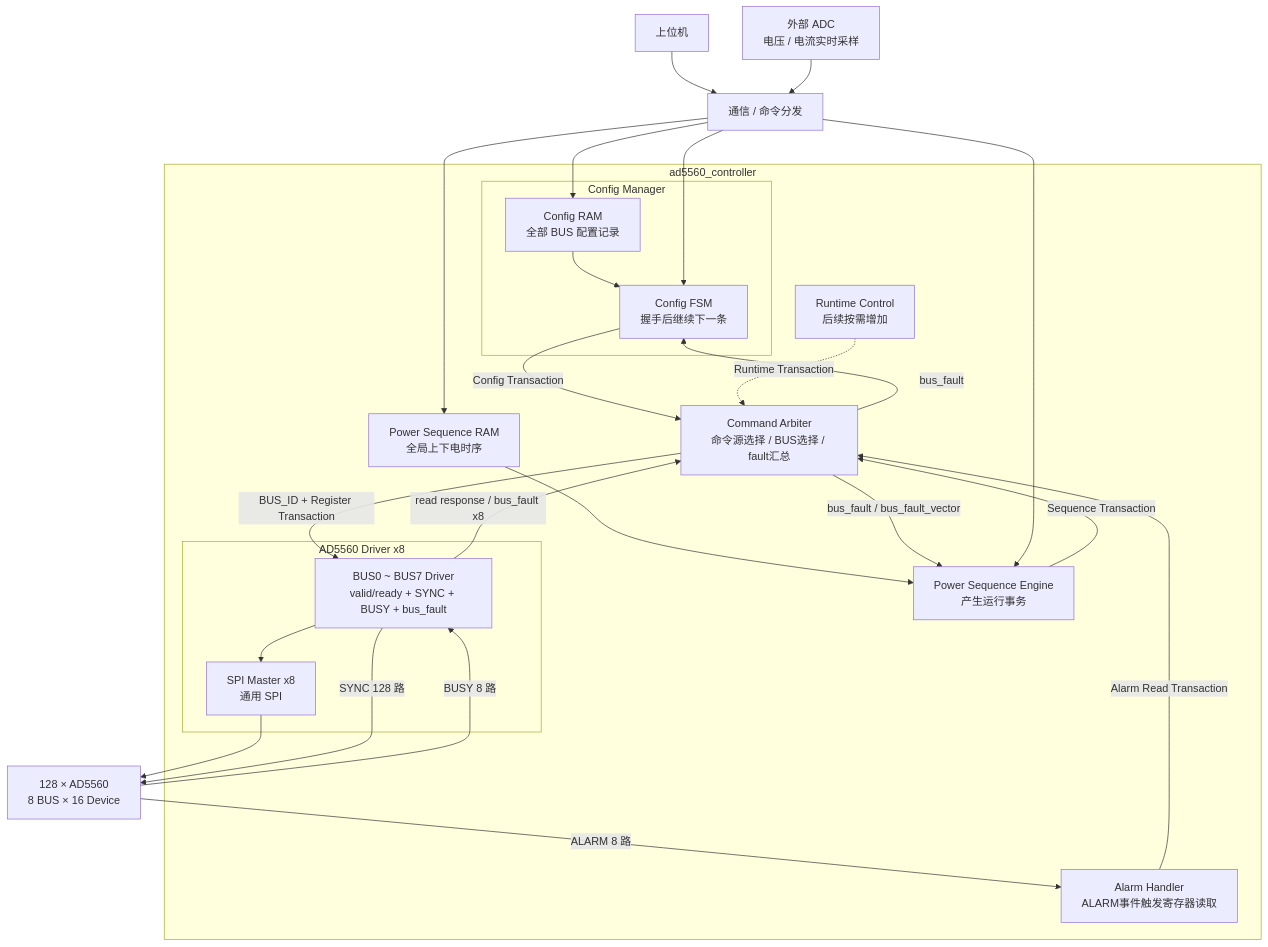
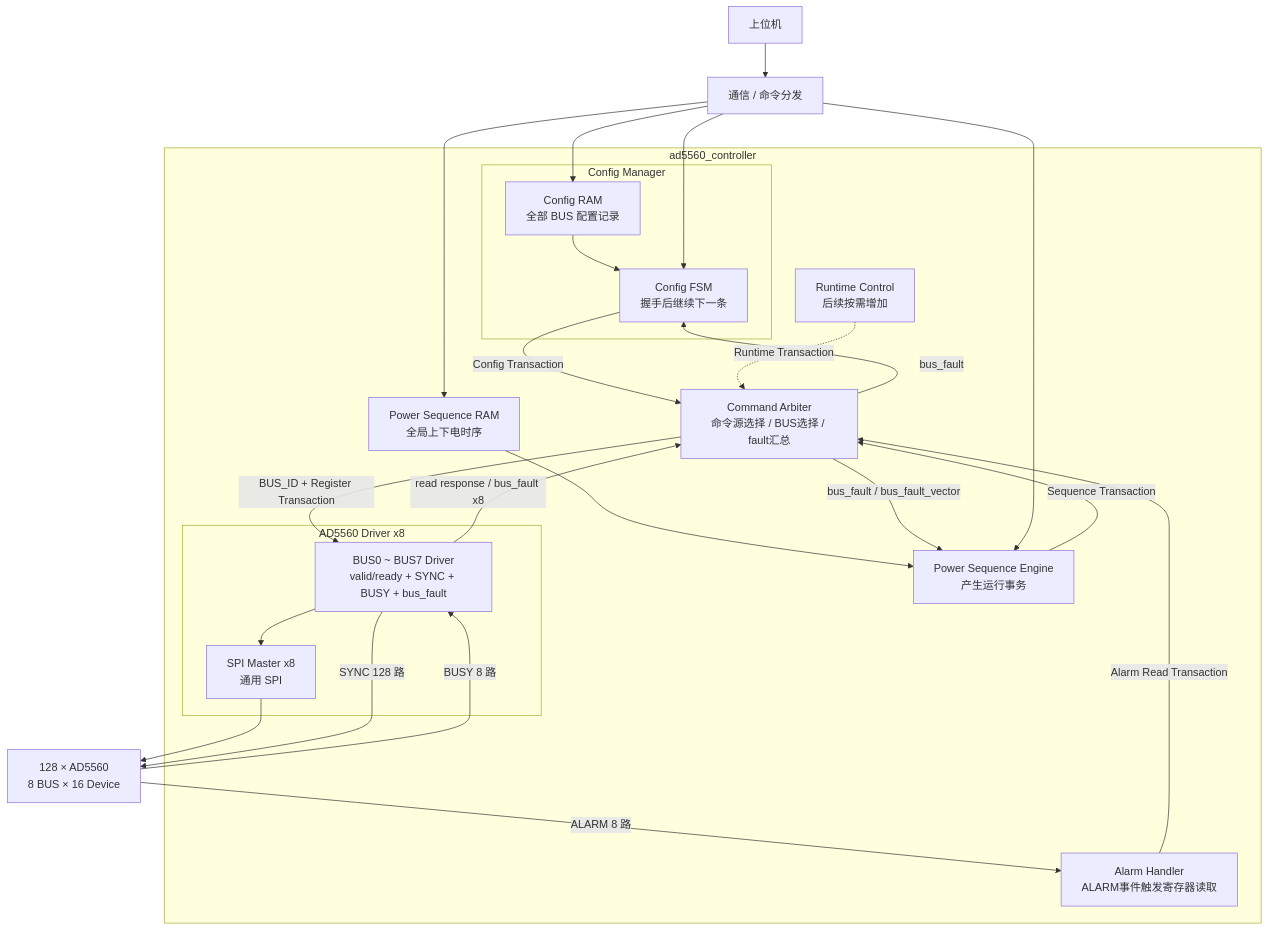
The diagram in AD5560/SYSTEM_ARCHITECTURE.md (hhanghhhhh/hbm_proj), drawn with Mermaid before and after one commit. The commit also changed other lines of this file, not shown here.

Commit message:
docs: keep external ADC path unspecified in architecture

````diff
--- a/AD5560/SYSTEM_ARCHITECTURE.md
+++ b/AD5560/SYSTEM_ARCHITECTURE.md
@@ -173,52 +173,50 @@
 ```mermaid
 flowchart TB
     PC[上位机]
     COMM[通信 / 命令分发]
 
     subgraph CTRL[ad5560_controller]
         subgraph CFG[Config Manager]
             CRAM[Config RAM\n全部 BUS 配置记录]
             CM[Config FSM\n握手后继续下一条]
             CRAM --> CM
         end
 
         PSRAM[Power Sequence RAM\n全局上下电时序]
         PSE[Power Sequence Engine\n产生运行事务]
         AH[Alarm Handler\nALARM事件触发寄存器读取]
         RC[Runtime Control\n后续按需增加]
 
         ARB[Command Arbiter\n命令源选择 / BUS选择 / fault汇总]
 
         subgraph DRIVERS[AD5560 Driver x8]
             DRV[BUS0 ~ BUS7 Driver\nvalid/ready + SYNC + BUSY + bus_fault]
             SPI[SPI Master x8\n通用 SPI]
             DRV --> SPI
         end
 
         PSRAM --> PSE
 
         CM -->|Config Transaction| ARB
         PSE -->|Sequence Transaction| ARB
         AH -->|Alarm Read Transaction| ARB
         RC -.->|Runtime Transaction| ARB
         ARB -->|BUS_ID + Register Transaction| DRV
         DRV -->|read response / bus_fault x8| ARB
         ARB -->|bus_fault| CM
         ARB -->|bus_fault / bus_fault_vector| PSE
     end
 
-    ADC[外部 ADC\n电压 / 电流实时采样]
     DEV[128 × AD5560\n8 BUS × 16 Device]
 
     PC --> COMM
     COMM --> CRAM
     COMM --> CM
     COMM --> PSRAM
     COMM --> PSE
 
     SPI --> DEV
     DRV -->|SYNC 128 路| DEV
     DEV -->|BUSY 8 路| DRV
     DEV -->|ALARM 8 路| AH
-    ADC --> COMM
 ```
````
